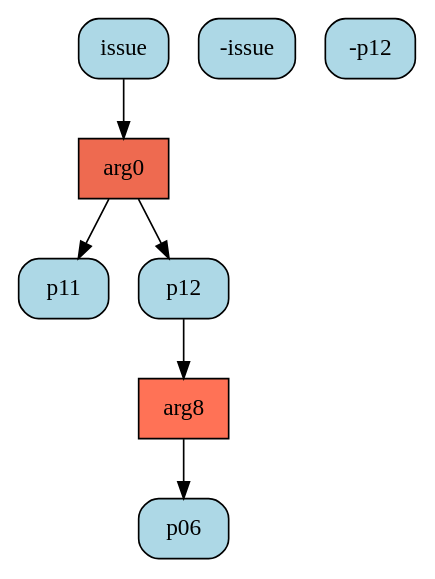
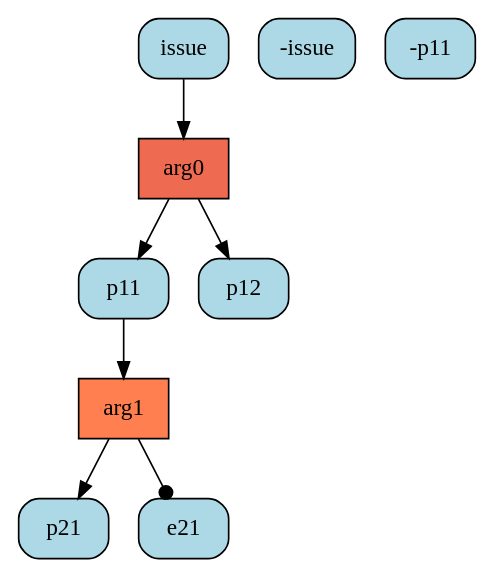
Before and after one commit to goweiting/carneades-ext: the diagram in system/dot/deep1vs1/1_0-1.dot, drawn with Graphviz. The commit also changed 51 other files, not shown here.

Commit message:
included the original full graph

```diff
--- a/system/dot/deep1vs1/1_0-1.dot
+++ b/system/dot/deep1vs1/1_0-1.dot
@@ -1,15 +1,17 @@
 digraph G{ 
 "arg0" [color="black", fillcolor="coral2",fixedsize=false, shape=box, style="filled"]; 
 "issue" [color="black", fillcolor="lightblue", fixedsize=false,  shape="box", style="rounded,filled"]; 
 "-issue" [color="black", fillcolor="lightblue", fixedsize=false,  shape="box", style="rounded,filled"]; 
 "p11" [color="black", fillcolor="lightblue", fixedsize=false,  shape="box", style="rounded,filled"]; 
 "p12" [color="black", fillcolor="lightblue", fixedsize=false,  shape="box", style="rounded,filled"]; 
-"arg8" [color="black", fillcolor="coral1",fixedsize=false, shape=box, style="filled"]; 
-"-p12" [color="black", fillcolor="lightblue", fixedsize=false,  shape="box", style="rounded,filled"]; 
-"p06" [color="black", fillcolor="lightblue", fixedsize=false,  shape="box", style="rounded,filled"]; 
+"arg1" [color="black", fillcolor="coral",fixedsize=false, shape=box, style="filled"]; 
+"-p11" [color="black", fillcolor="lightblue", fixedsize=false,  shape="box", style="rounded,filled"]; 
+"p21" [color="black", fillcolor="lightblue", fixedsize=false,  shape="box", style="rounded,filled"]; 
+"e21" [color="black", fillcolor="lightblue", fixedsize=false,  shape="box", style="rounded,filled"]; 
 "issue" -> "arg0" ; 
 "arg0" -> "p11" ; 
 "arg0" -> "p12" ; 
-"p12" -> "arg8" ; 
-"arg8" -> "p06" ; 
+"p11" -> "arg1" ; 
+"arg1" -> "p21" ; 
+"arg1" -> "e21" [arrowhead=dot] ; 
 }
```
